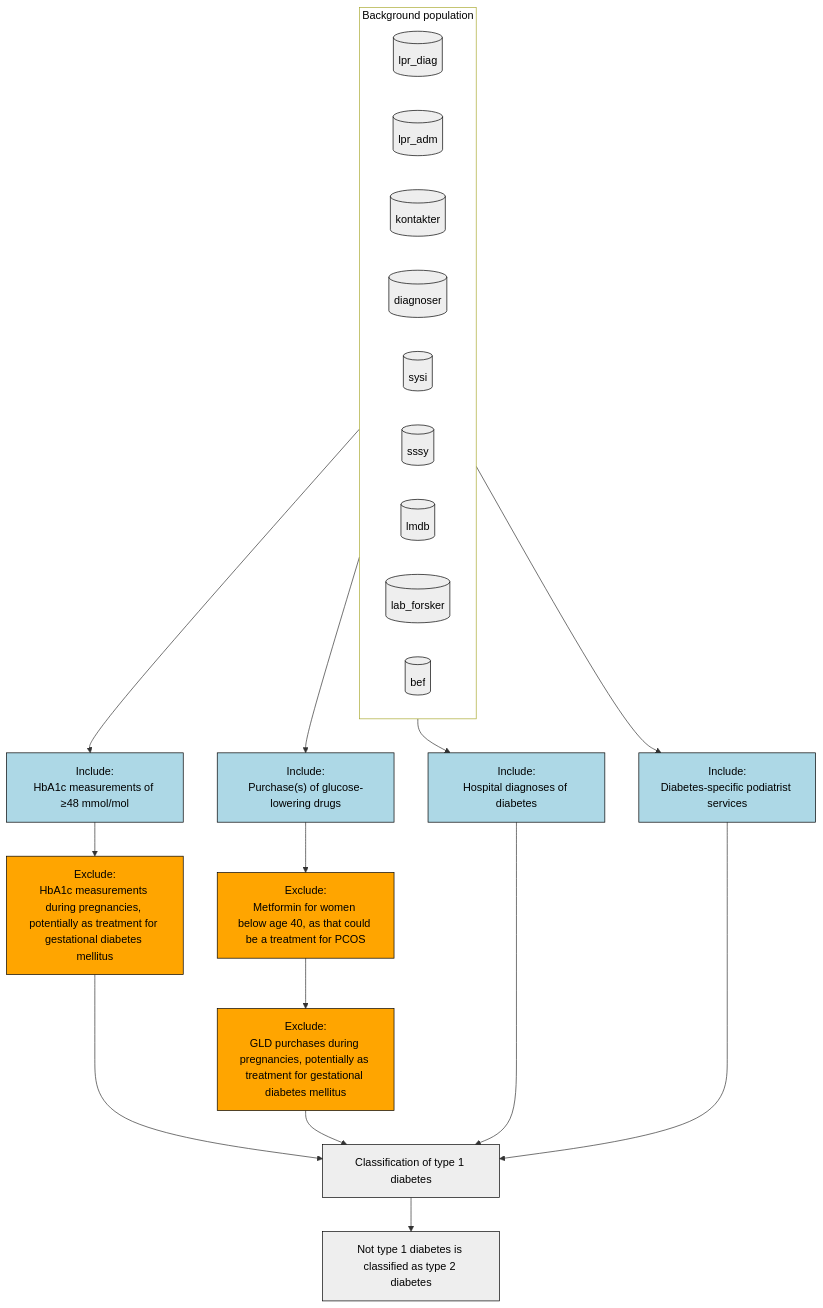
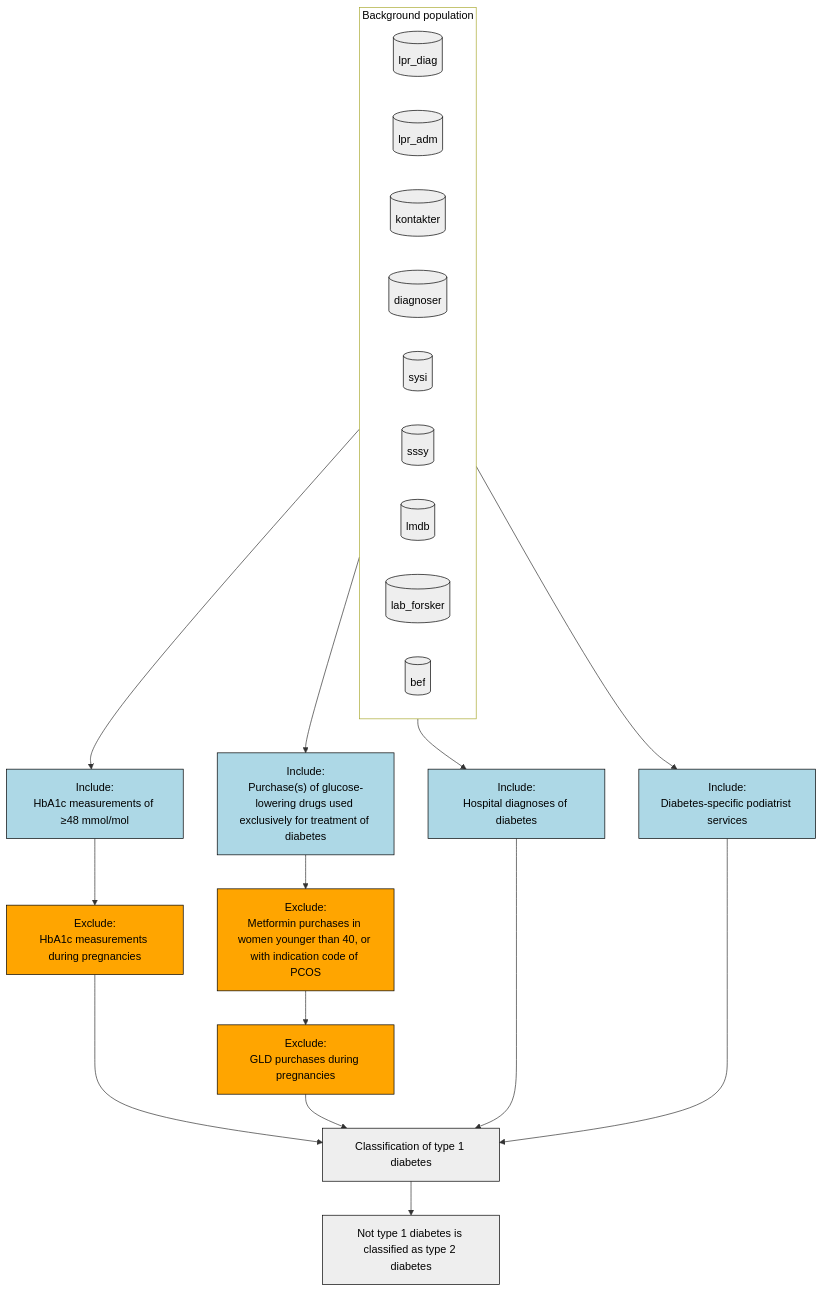
One commit to steno-aarhus/osdc changed the diagram in vignettes/algorithm.qmd. Above: the diagram before and after it, drawn with Mermaid. The commit also changed other lines of this file, not shown here.

Commit message:
Minor edits to flow chart

````diff
--- a/vignettes/algorithm.qmd
+++ b/vignettes/algorithm.qmd
@@ -83,46 +85,46 @@
 ```{mermaid}
 %%| eval: true
 %%| fig-cap: "Flow of inclusions and exclusions used for classifying diabetes status using the osdc package. Light blue and orange boxes represent inclusions and exclusions, respectively."
 
 flowchart TD
   subgraph background_population["Background population"]
     lpr_diag[("lpr_diag")]
     lpr_adm[("lpr_adm")]
     kontakter[("kontakter")]
     diagnoser[("diagnoser")]
     sysi[("sysi")]
     sssy[("sssy")]
     lmdb[("lmdb")]
     lab_forsker[("lab_forsker")]
     bef[("bef")]
   end
 
     background_population --> diabetes_diagnoses["Include:<br>Hospital diagnoses of diabetes"]:::include
     background_population --> hba1c["Include:<br>HbA1c measurements of ≥48 mmol/mol"]:::include
 
-    hba1c --> drop_pregnancies_hba1c["Exclude:<br>HbA1c measurements during pregnancies, potentially as treatment for gestational diabetes mellitus"]:::exclude
+    hba1c --> drop_pregnancies_hba1c["Exclude:<br>HbA1c measurements during pregnancies"]:::exclude
 
-    background_population --> gld["Include:<br>Purchase(s) of glucose-lowering drugs"]:::include
-    gld --> drop_pcos["Exclude:<br>Metformin for women below age 40, as that could be a treatment for PCOS"]:::exclude
-    drop_pcos --> drop_pregnancies_gld["Exclude:<br>GLD purchases during pregnancies, potentially as treatment for gestational diabetes mellitus"]:::exclude
+    background_population --> gld["Include:<br>Purchase(s) of glucose-lowering drugs used exclusively for treatment of diabetes"]:::include
+    gld --> drop_pcos["Exclude:<br>Metformin purchases in women younger than 40, or with indication code of PCOS"]:::exclude
+    drop_pcos --> drop_pregnancies_gld["Exclude:<br>GLD purchases during pregnancies"]:::exclude
     
     background_population --> podiatrist_services["Include:<br>Diabetes-specific podiatrist services"]:::include
 
     %% Join in classify
     drop_pregnancies_hba1c --> classify_t1d["Classification of type 1 diabetes"]
     drop_pregnancies_gld --> classify_t1d
     diabetes_diagnoses --> classify_t1d
     podiatrist_services --> classify_t1d
 
     classify_t1d --> classify_t2d["Not type 1 diabetes is classified as type 2 diabetes"]
 
     background_population ~~~ diabetes_diagnoses
     background_population ~~~ podiatrist_services
     background_population ~~~ hba1c
 
   %% Styling
   classDef default fill:#EEEEEE, color:#000000, stroke:#000000
   classDef include fill:lightblue
   classDef exclude fill:orange
   style background_population fill:#FFFFFF, color:#000000
 ```
````
